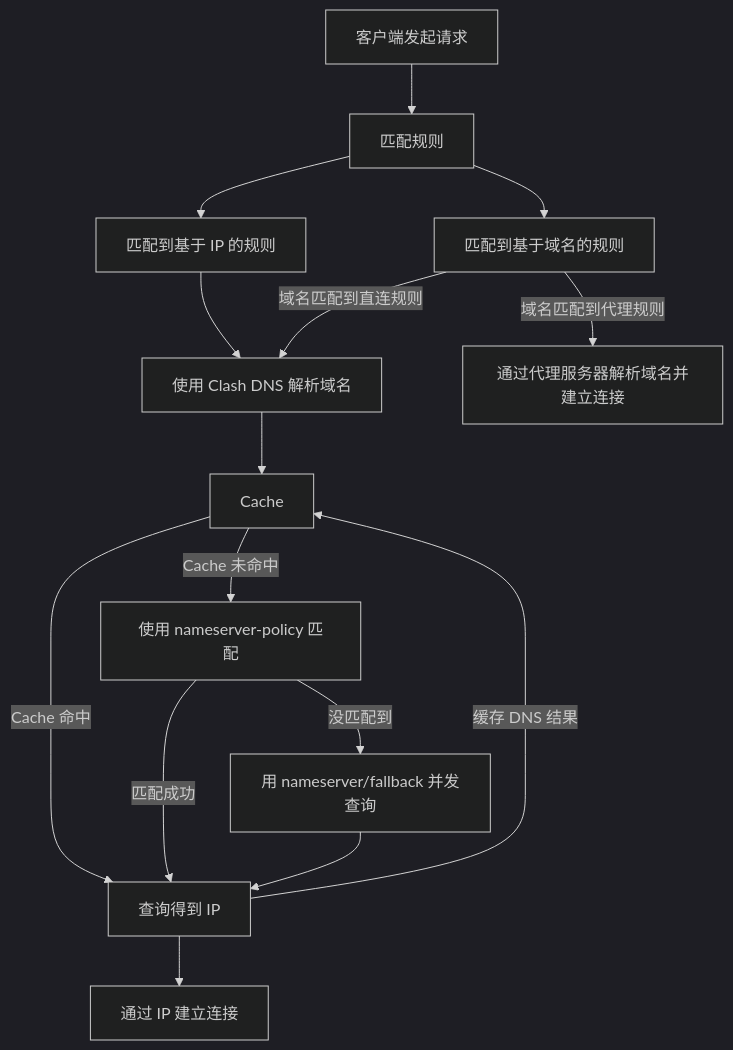
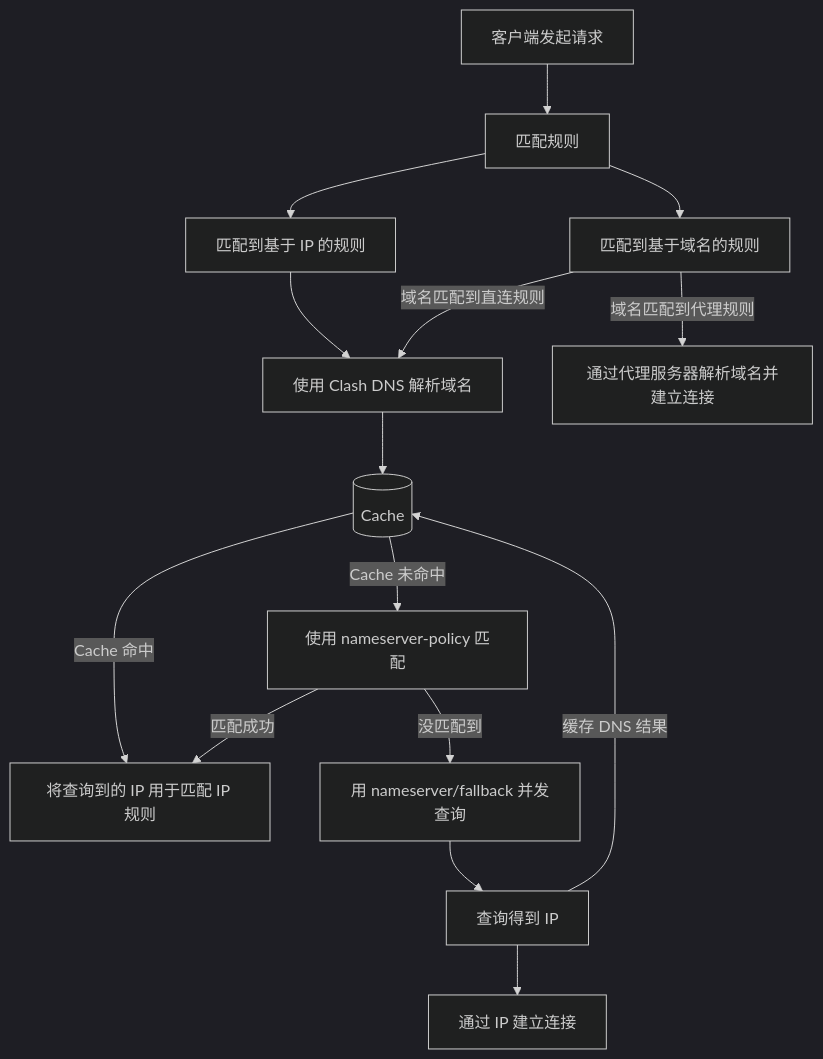
One commit to MetaCubeX/Meta-Docs changed the diagram in docs/config/dns/diagram.md. Above: the diagram before and after it, drawn with Mermaid (dark theme).

````diff
--- a/docs/config/dns/diagram.md
+++ b/docs/config/dns/diagram.md
@@ -3,18 +3,20 @@
 ```mermaid
 flowchart TD
   A[客户端发起请求] --> B[匹配规则]
   B --> IP[匹配到基于 IP 的规则]
   B -->  I[匹配到基于域名的规则]
   IP --> DNS[使用 Clash DNS 解析域名]
+
   DNS --> Cache
   Cache --> |Cache 未命中|NS[使用 nameserver-policy 匹配]
   Cache --> |Cache 命中|G
+
   NS --> |匹配成功| G[将查询到的 IP 用于匹配 IP 规则]
   NS --> |没匹配到| F[用 nameserver/fallback 并发查询]
 
-  F --> G[查询得到 IP]
-  G --> |缓存 DNS 结果 |Cache
+  F --> Get[查询得到 IP]
+  Get --> |缓存 DNS 结果 |Cache[(Cache)]
   I --> |域名匹配到直连规则| DNS
   I --> |域名匹配到代理规则|L[通过代理服务器解析域名并建立连接]
-  G --> S[通过 IP 建立连接]
+  Get --> S[通过 IP 建立连接]
 ```
````
